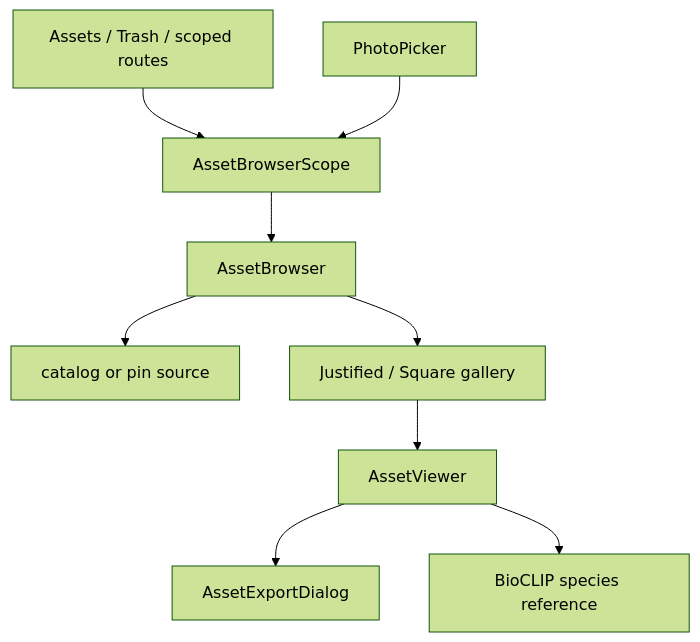
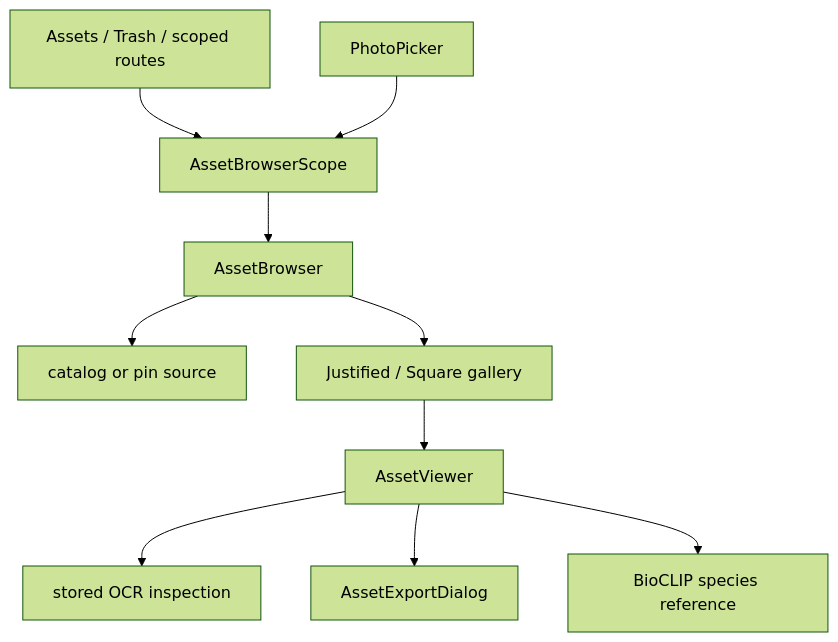
The diagram in web/src/features/assets/doc.md (EdwinZhanCN/Lumilio-Photos), drawn with Mermaid (forest theme) before and after one commit. The commit also changed other lines of this file and 942 other files, not shown here.

````diff
--- a/web/src/features/assets/doc.md
+++ b/web/src/features/assets/doc.md
@@ -24,11 +26,12 @@
 ```mermaid
 flowchart TD
     ROUTES["Assets / Trash / scoped routes"] --> SCOPE["AssetBrowserScope"]
     SCOPE --> BROWSER["AssetBrowser"]
     BROWSER --> SOURCE["catalog or pin source"]
     BROWSER --> GALLERY["Justified / Square gallery"]
     GALLERY --> VIEWER["AssetViewer"]
+    VIEWER --> OCR["stored OCR inspection"]
     VIEWER --> EXPORT["AssetExportDialog"]
     VIEWER --> SPECIES["BioCLIP species reference"]
     PICKER["PhotoPicker"] --> SCOPE
 ```
````
